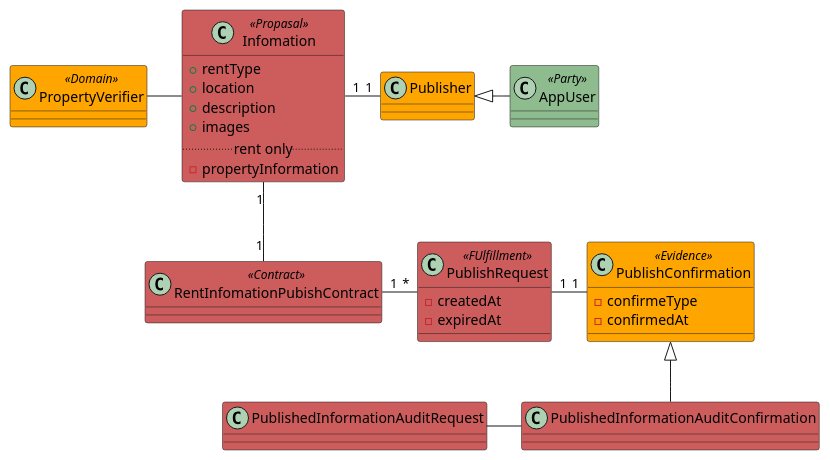
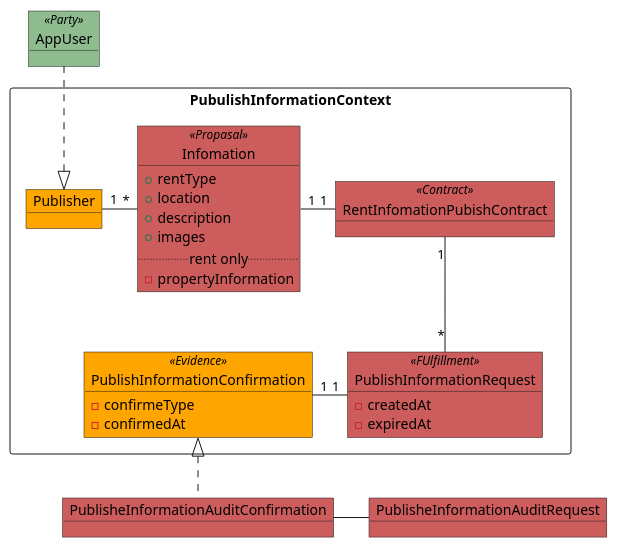
Before and after one commit to scglwsj/seele: the second of 3 diagrams in 8x/thought_tenement.puml, drawn with PlantUML. The commit also changed other lines of this file, not shown here.

```diff
--- a/8x/thought_tenement.puml
+++ b/8x/thought_tenement.puml
@@ -1,40 +67,37 @@
-@startuml rent_infomation_pubish
-class RentInfomationPubishContract <<Contract>> #IndianRed
+@startuml pubish_infomation
+package PubulishInformationContext <<Rectangle>> {
+  object Infomation <<Propasal>> #IndianRed {
+    + rentType
+    + location
+    + description
+    + images
+    .. rent only ..
+    - propertyInformation
+  }
 
-class Infomation <<Propasal>> #IndianRed {
-  + rentType
-  + location
-  + description
-  + images
-  .. rent only ..
-  - propertyInformation
+  object PublishInformationRequest <<FUlfillment>> #IndianRed {
+    - createdAt
+    - expiredAt
+  }
+  object PublishInformationConfirmation <<Evidence>> #Orange {
+    - confirmeType
+    - confirmedAt
+  }
+
+  object RentInfomationPubishContract <<Contract>> #IndianRed
+  object Publisher #Orange
+
+  Infomation "1" -right- "1" RentInfomationPubishContract
+  Infomation "*" -left- "1"  Publisher
+  RentInfomationPubishContract "1" -down- "*" PublishInformationRequest
+  PublishInformationConfirmation "1" -right- "1" PublishInformationRequest
 }
 
-class PropertyVerifier <<Domain>> #Orange
+object PublisheInformationAuditRequest #IndianRed
+object PublisheInformationAuditConfirmation #IndianRed
+object AppUser <<Party>> #DarkSeaGreen
 
-class Publisher #Orange
-
-class PublishRequest <<FUlfillment>> #IndianRed {
-  - createdAt
-  - expiredAt
-}
-class PublishConfirmation <<Evidence>> #Orange {
-  - confirmeType
-  - confirmedAt
-}
-
-class AppUser <<Party>> #DarkSeaGreen
-
-class PublishedInformationAuditRequest #IndianRed
-class PublishedInformationAuditConfirmation #IndianRed
-
-
-RentInfomationPubishContract "1" -up- "1" Infomation
-Infomation -left- PropertyVerifier
-Infomation "1" -right- "1"  Publisher
-RentInfomationPubishContract "1" -right- "*" PublishRequest
-PublishConfirmation "1" -left- "1" PublishRequest
-AppUser -left-|> Publisher
-PublishConfirmation <|-- PublishedInformationAuditConfirmation
-PublishedInformationAuditConfirmation -left- PublishedInformationAuditRequest
+PublishInformationConfirmation <|.. PublisheInformationAuditConfirmation
+PublisheInformationAuditConfirmation -right- PublisheInformationAuditRequest
+AppUser .down.|> Publisher
 @enduml
```
